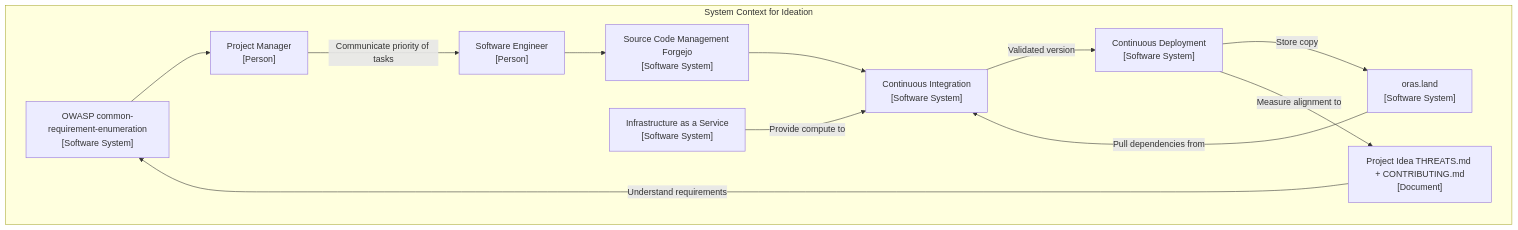
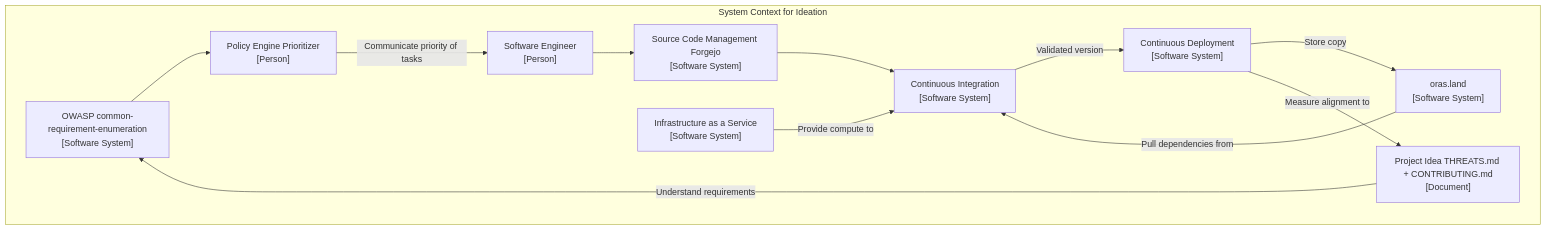
Before and after one commit to intel/dffml: the second of 2 diagrams in CONTRIBUTING.md, drawn with Mermaid.

Commit message:
CONTRIBUTING: Measureing Alignment: Mermaid: System Context for Ideation: Add prioritizer

````diff
--- a/CONTRIBUTING.md
+++ b/CONTRIBUTING.md
@@ -285,34 +285,34 @@
 ```mermaid
     graph TD
 
       subgraph system_context[System Context for Ideation]
 
         requirements_management[OWASP common-requirement-enumeration<br>&#91Software System&#93]
         data_storage[oras.land<br>&#91Software System&#93]
         source_control[Source Code Management Forgejo<br>&#91Software System&#93]
         engineer[Software Engineer<br>&#91Person&#93]
-        manager[Project Manager<br>&#91Person&#93]
+        prioritizer[Policy Engine Prioritizer<br>&#91Person&#93]
         project_idea[Project Idea THREATS.md + CONTRIBUTING.md<br>&#91Document&#93]
         ci_software[Continuous Integration<br>&#91Software System&#93]
         cd_software[Continuous Deployment<br>&#91Software System&#93]
         iaas[Infrastructure as a Service<br>&#91Software System&#93]
 
         project_idea -->|Understand requirements| requirements_management
-        requirements_management --> manager
-        manager -->|Communicate priority of tasks| engineer
+        requirements_management --> prioritizer
+        prioritizer -->|Communicate priority of tasks| engineer
         engineer --> source_control
         source_control --> ci_software
         data_storage -->|Pull dependencies from| ci_software
         iaas -->|Provide compute to| ci_software
         ci_software -->|Validated version| cd_software
         cd_software -->|Store copy| data_storage
         cd_software -->|Measure alignment to| project_idea
 
-        class manager,engineer,project_idea Person;
+        class prioritizer,engineer,project_idea Person;
         class innersource NewSystem;
         class ci_software,cd_software,requirements_management,source_control,data_storage,iaas ExistingSystem;
 
       end
 
       class system_context background;
 ```
````
